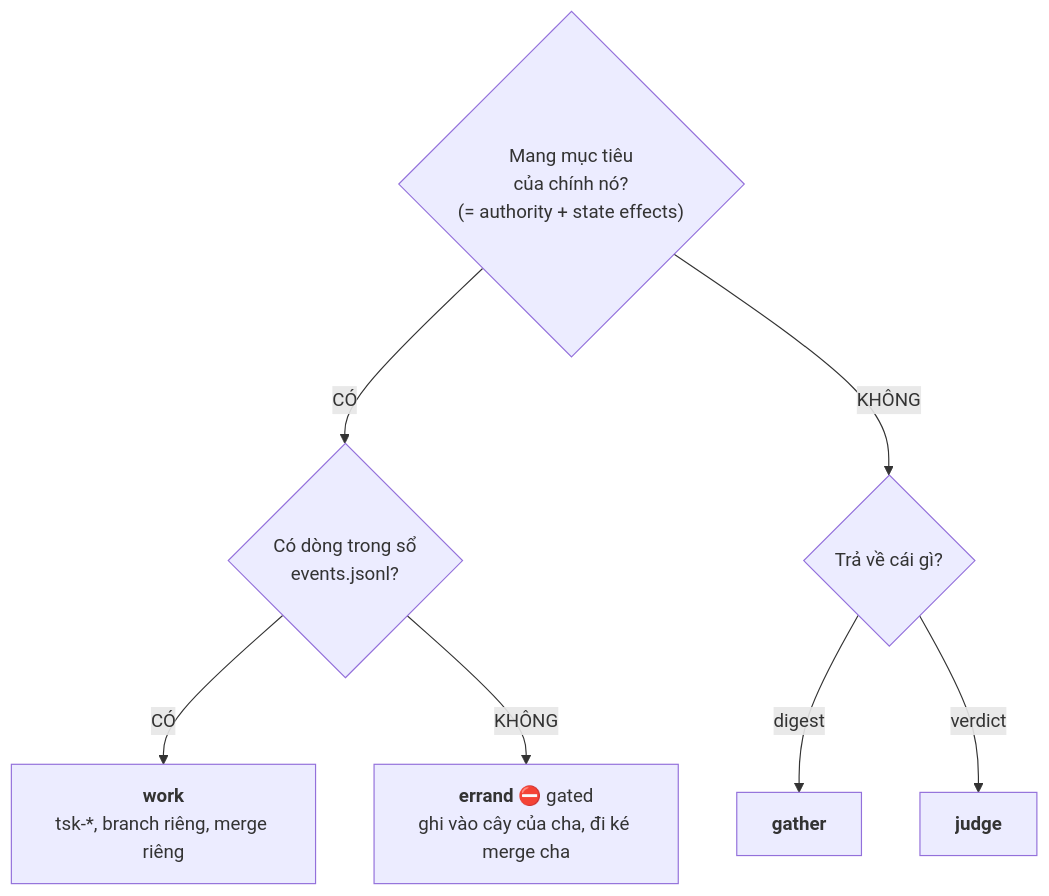
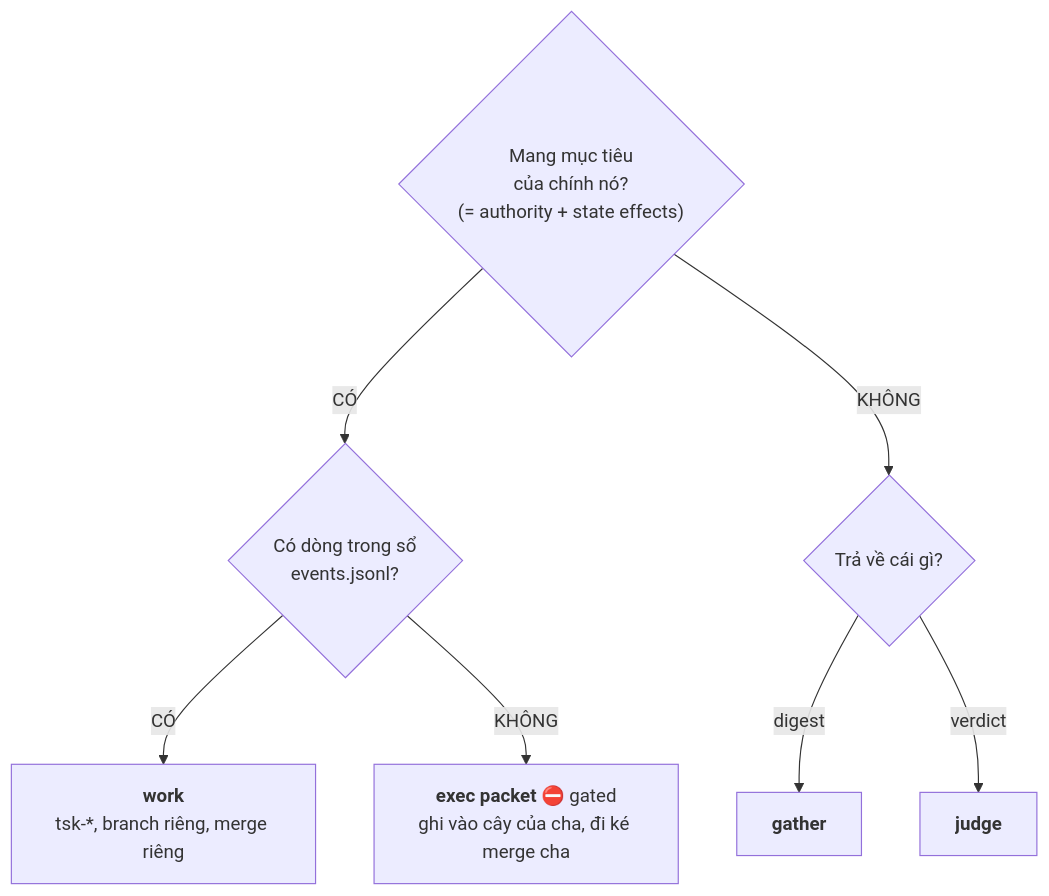
One commit to vantt/forgent changed the third of 3 diagrams in docs/history/dispatch-concept-boundary/DISCUSSION.md. Above: the diagram before and after it, drawn with Mermaid. The commit also changed other lines of this file, not shown here.

````diff
--- a/docs/history/dispatch-concept-boundary/DISCUSSION.md
+++ b/docs/history/dispatch-concept-boundary/DISCUSSION.md
@@ -944,10 +973,10 @@
 ```mermaid
 flowchart TB
     Q1{"Mang mục tiêu<br/>của chính nó?<br/>(= authority + state effects)"}
     Q1 -->|CÓ| Q2A{"Có dòng trong sổ<br/>events.jsonl?"}
     Q1 -->|KHÔNG| Q2B{"Trả về cái gì?"}
     Q2A -->|CÓ| W["<b>work</b><br/>tsk-*, branch riêng, merge riêng"]
-    Q2A -->|KHÔNG| E["<b>errand</b> ⛔ gated<br/>ghi vào cây của cha, đi ké merge cha"]
+    Q2A -->|KHÔNG| E["<b>exec packet</b> ⛔ gated<br/>ghi vào cây của cha, đi ké merge cha"]
     Q2B -->|"digest"| G["<b>gather</b>"]
     Q2B -->|"verdict"| J["<b>judge</b>"]
 ```
````
